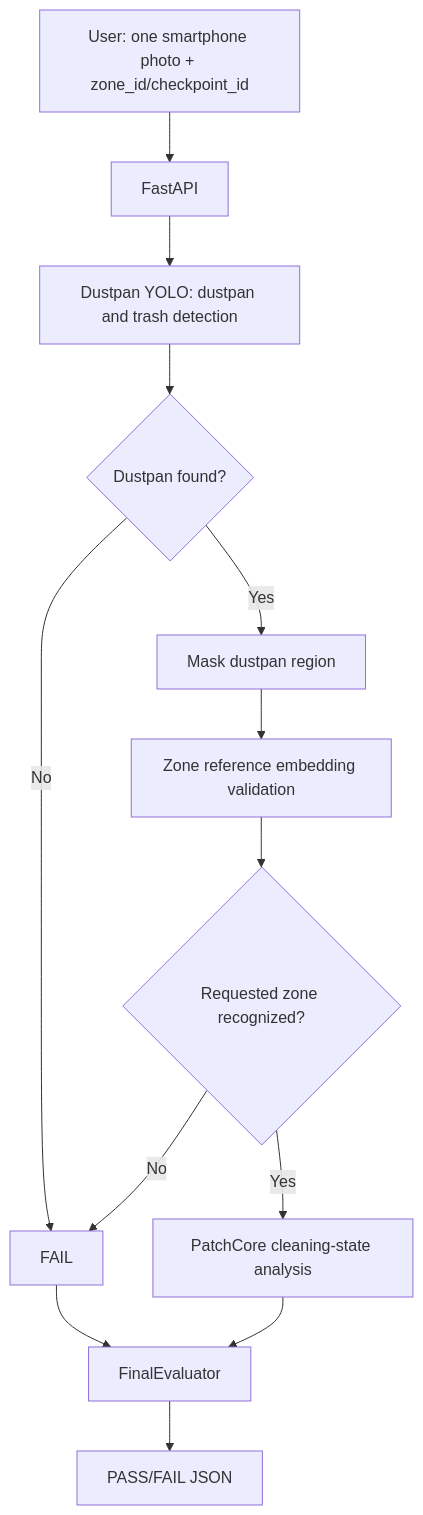
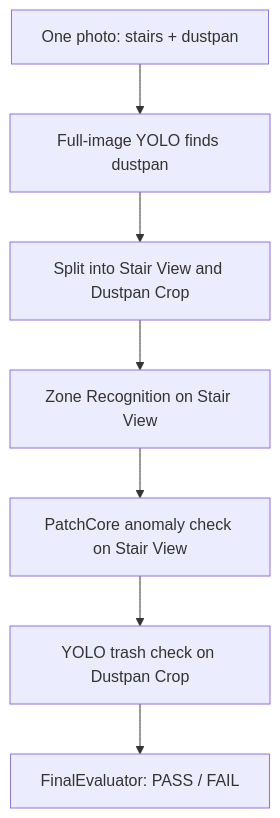
The diagram in README.md (TEAM-SIRU/EcoGuard-AI), drawn with Mermaid before and after one commit. The commit also changed other lines of this file and 14 other files, not shown here.

Commit message:
Split stair and dustpan inference regions

````diff
--- a/README.md
+++ b/README.md
@@ -7,15 +7,9 @@
 ```mermaid
 flowchart TD
-    A[User: one smartphone photo + zone_id/checkpoint_id] --> B[FastAPI]
-    B --> C[Dustpan YOLO: dustpan and trash detection]
-    C --> D{Dustpan found?}
-    D -->|No| F[FAIL]
-    D -->|Yes| E[Mask dustpan region]
-    E --> G[Zone reference embedding validation]
-    G --> H{Requested zone recognized?}
-    H -->|No| F
-    H -->|Yes| I[PatchCore cleaning-state analysis]
-    I --> J[FinalEvaluator]
-    F --> J
-    J --> K[PASS/FAIL JSON]
+    A[One photo: stairs + dustpan] --> B[Full-image YOLO finds dustpan]
+    B --> C[Split into Stair View and Dustpan Crop]
+    C --> D[Zone Recognition on Stair View]
+    D --> E[PatchCore anomaly check on Stair View]
+    E --> F[YOLO trash check on Dustpan Crop]
+    F --> G[FinalEvaluator: PASS / FAIL]
 ```
````
